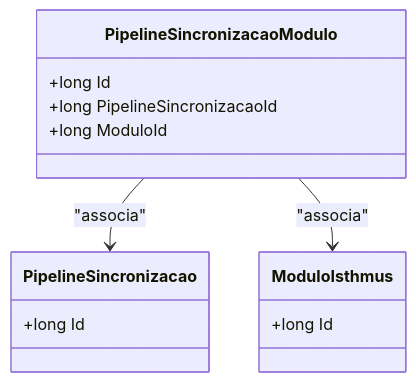
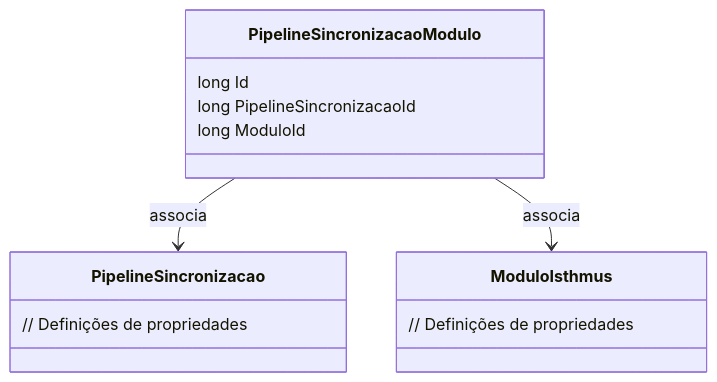
The diagram in docs/b2b-dominio/IsthmusWinthor.Nucleo/IsthmusWinthor.Dominio/Entidades/PipelineSincronizacaoModulo.md (IsthmusSistemas/documentacao-tecnica), drawn with Mermaid before and after one commit. The commit also changed other lines of this file and 882 other files, not shown here.

````diff
--- a/docs/b2b-dominio/IsthmusWinthor.Nucleo/IsthmusWinthor.Dominio/Entidades/PipelineSincronizacaoModulo.md
+++ b/docs/b2b-dominio/IsthmusWinthor.Nucleo/IsthmusWinthor.Dominio/Entidades/PipelineSincronizacaoModulo.md
@@ -22,19 +22,17 @@
 ```mermaid
 classDiagram
     class PipelineSincronizacaoModulo {
-        +long Id
-        +long PipelineSincronizacaoId
-        +long ModuloId
+        long Id
+        long PipelineSincronizacaoId
+        long ModuloId
+    }
+    class PipelineSincronizacao {
+        // Definições de propriedades
+    }
+    class ModuloIsthmus {
+        // Definições de propriedades
     }
     
-    class PipelineSincronizacao {
-        +long Id
-    }
-
-    class ModuloIsthmus {
-        +long Id
-    }
-
-    PipelineSincronizacaoModulo --> PipelineSincronizacao : "associa"
-    PipelineSincronizacaoModulo --> ModuloIsthmus : "associa"
-``` 
+    PipelineSincronizacaoModulo --> PipelineSincronizacao : associa
+    PipelineSincronizacaoModulo --> ModuloIsthmus : associa
+```
````
